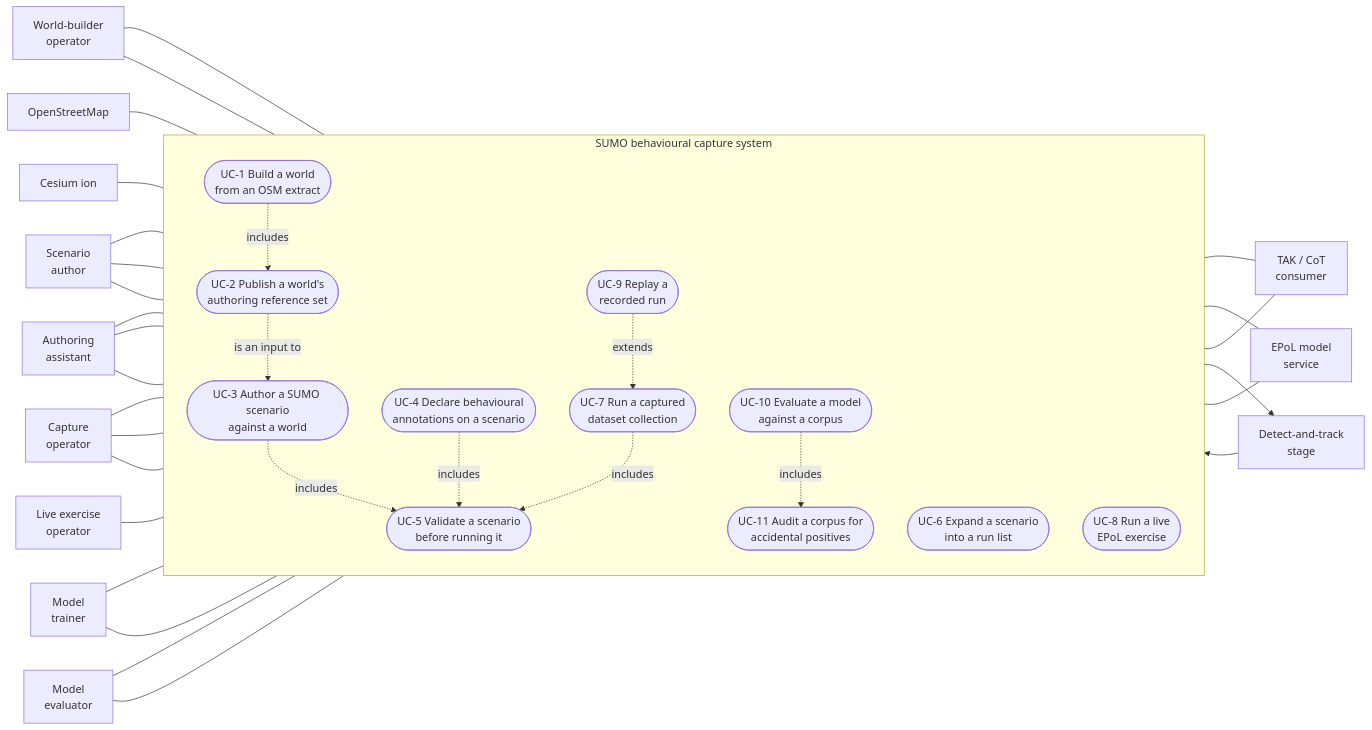
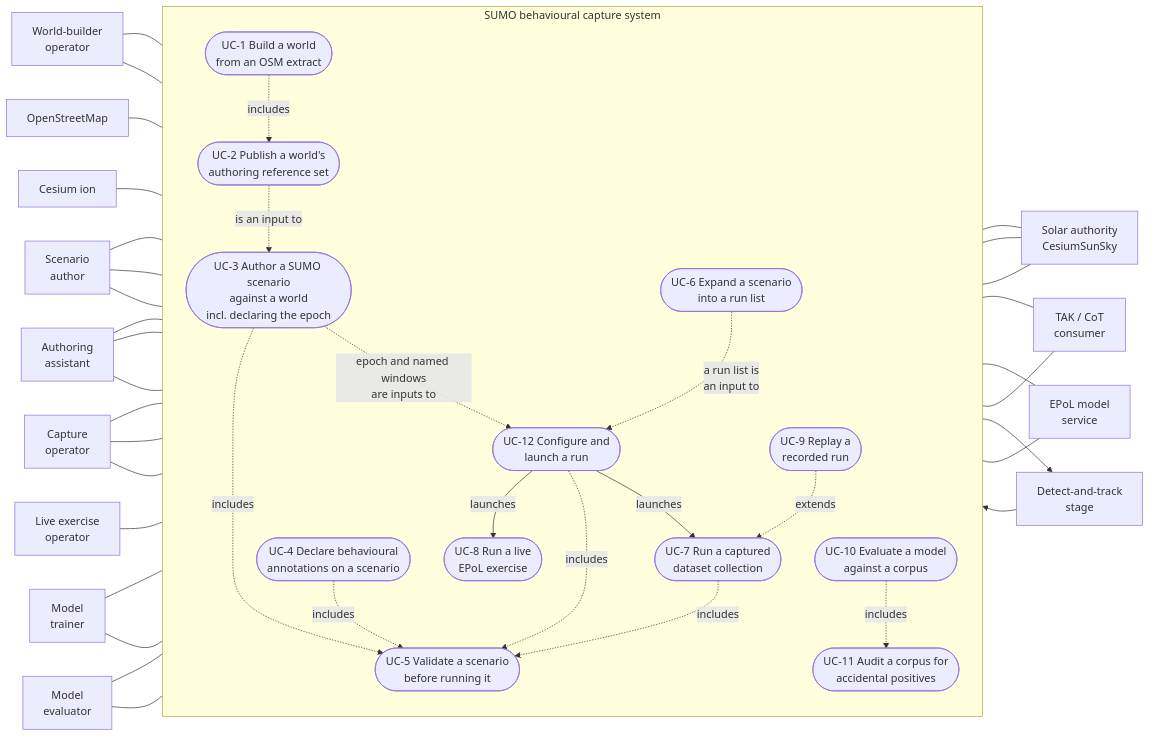
The first of 3 diagrams in Docs/CAT_Research/Plans/SUMO_Behavioral_Capture/02_Use_Cases.md (sbrett9/carla), drawn with Mermaid before and after one commit. The commit also changed other lines of this file and 15 other files, not shown here.

````diff
--- a/Docs/CAT_Research/Plans/SUMO_Behavioral_Capture/02_Use_Cases.md
+++ b/Docs/CAT_Research/Plans/SUMO_Behavioral_Capture/02_Use_Cases.md
@@ -46,67 +117,78 @@
 ```mermaid
 flowchart LR
     AUTH["Scenario<br/>author"]
     ASSIST["Authoring<br/>assistant"]
     WOP["World-builder<br/>operator"]
     COP["Capture<br/>operator"]
     TRN["Model<br/>trainer"]
     EVL["Model<br/>evaluator"]
     LOP["Live exercise<br/>operator"]
 
     OSM["OpenStreetMap"]
     ION["Cesium ion"]
+    SUN["Solar authority<br/>CesiumSunSky"]
     TAK["TAK / CoT<br/>consumer"]
     DAT["Detect-and-track<br/>stage"]
     EPOL["EPoL model<br/>service"]
 
     subgraph SYS["SUMO behavioural capture system"]
         direction TB
         UC1(["UC-1 Build a world<br/>from an OSM extract"])
         UC2(["UC-2 Publish a world's<br/>authoring reference set"])
-        UC3(["UC-3 Author a SUMO scenario<br/>against a world"])
+        UC3(["UC-3 Author a SUMO scenario<br/>against a world<br/>incl. declaring the epoch"])
         UC4(["UC-4 Declare behavioural<br/>annotations on a scenario"])
         UC5(["UC-5 Validate a scenario<br/>before running it"])
         UC6(["UC-6 Expand a scenario<br/>into a run list"])
+        UC12(["UC-12 Configure and<br/>launch a run"])
         UC7(["UC-7 Run a captured<br/>dataset collection"])
         UC8(["UC-8 Run a live<br/>EPoL exercise"])
         UC9(["UC-9 Replay a<br/>recorded run"])
         UC10(["UC-10 Evaluate a model<br/>against a corpus"])
         UC11(["UC-11 Audit a corpus for<br/>accidental positives"])
     end
 
     WOP --- UC1
     WOP --- UC2
     OSM --- UC1
     ION --- UC1
     UC1 -.->|"includes"| UC2
 
     AUTH --- UC3
     AUTH --- UC4
     ASSIST --- UC3
     ASSIST --- UC4
     ASSIST --- UC5
     UC2 -.->|"is an input to"| UC3
     UC3 -.->|"includes"| UC5
     UC4 -.->|"includes"| UC5
 
     AUTH --- UC6
     COP --- UC6
-    COP --- UC7
+    COP --- UC12
+    LOP --- UC12
     COP --- UC9
+    UC3 -.->|"epoch and named windows<br/>are inputs to"| UC12
+    UC6 -.->|"a run list is<br/>an input to"| UC12
+    UC12 -.->|"includes"| UC5
+    UC12 -->|"launches"| UC7
+    UC12 -->|"launches"| UC8
     UC7 -.->|"includes"| UC5
     UC9 -.->|"extends"| UC7
 
-    LOP --- UC8
+    UC7 --- SUN
+    UC8 --- SUN
+    UC9 --- SUN
+
     UC8 --- TAK
     UC8 --- EPOL
     UC7 --- TAK
 
     UC7 --> DAT
     DAT --> UC10
     EPOL --- UC10
     TRN --- UC10
     EVL --- UC10
     EVL --- UC11
     TRN --- UC11
     UC10 -.->|"includes"| UC11
 ```
````
